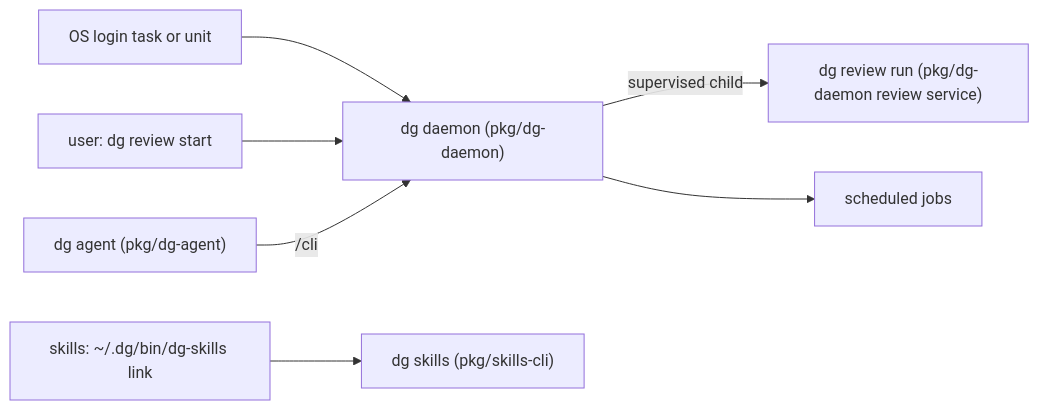
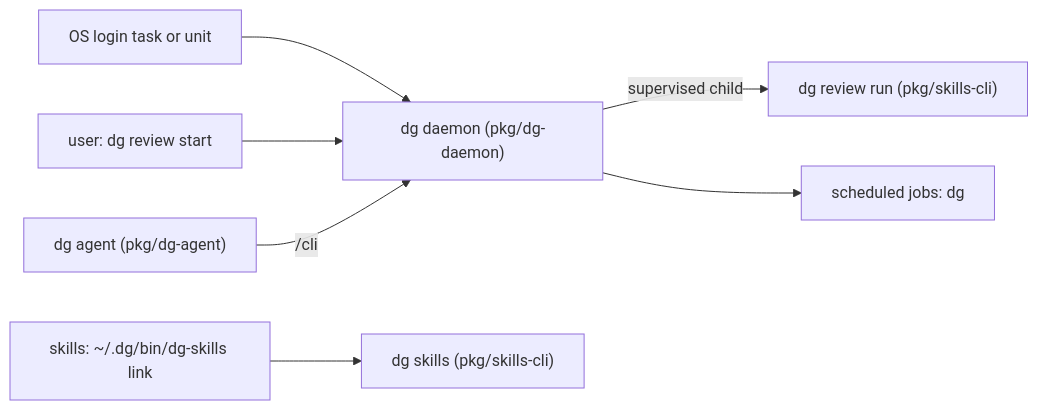
The diagram in docs/adr/0020-one-dg-command.md (detailedghost/dg-ai), drawn with Mermaid before and after one commit. The commit also changed other lines of this file, not shown here.

First line of the commit message:
docs(dg-daemon): keep the daemon a server and move commands to dg-skills

````diff
--- a/docs/adr/0020-one-dg-command.md
+++ b/docs/adr/0020-one-dg-command.md
@@ -102,9 +107,9 @@
 ```mermaid
 flowchart LR
     OS["OS login task or unit"] --> D["dg daemon (pkg/dg-daemon)"]
     U["user: dg review start"] --> D
-    D -->|"supervised child"| R["dg review run (pkg/dg-daemon review service)"]
-    D --> J["scheduled jobs"]
+    D -->|"supervised child"| R["dg review run (pkg/skills-cli)"]
+    D --> J["scheduled jobs: dg <command>"]
     A["dg agent (pkg/dg-agent)"] -->|"/cli"| D
     S["skills: ~/.dg/bin/dg-skills link"] --> B["dg skills (pkg/skills-cli)"]
 ```
````
